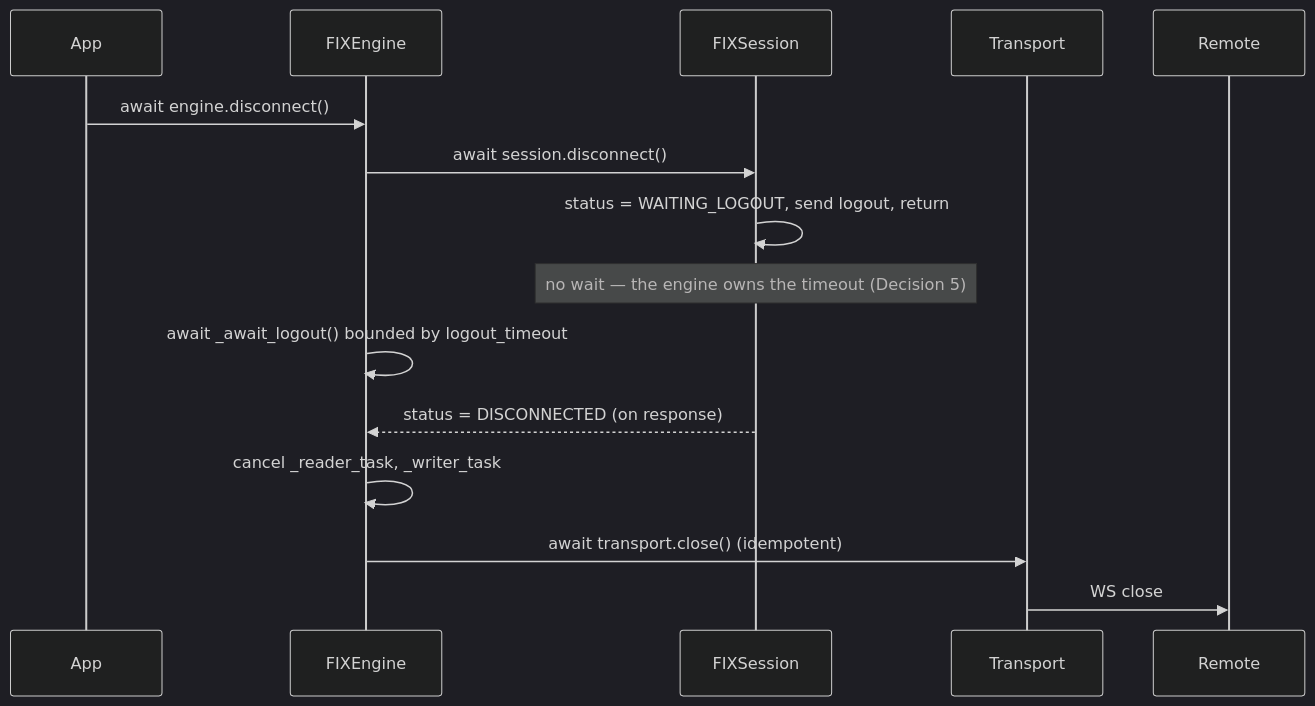
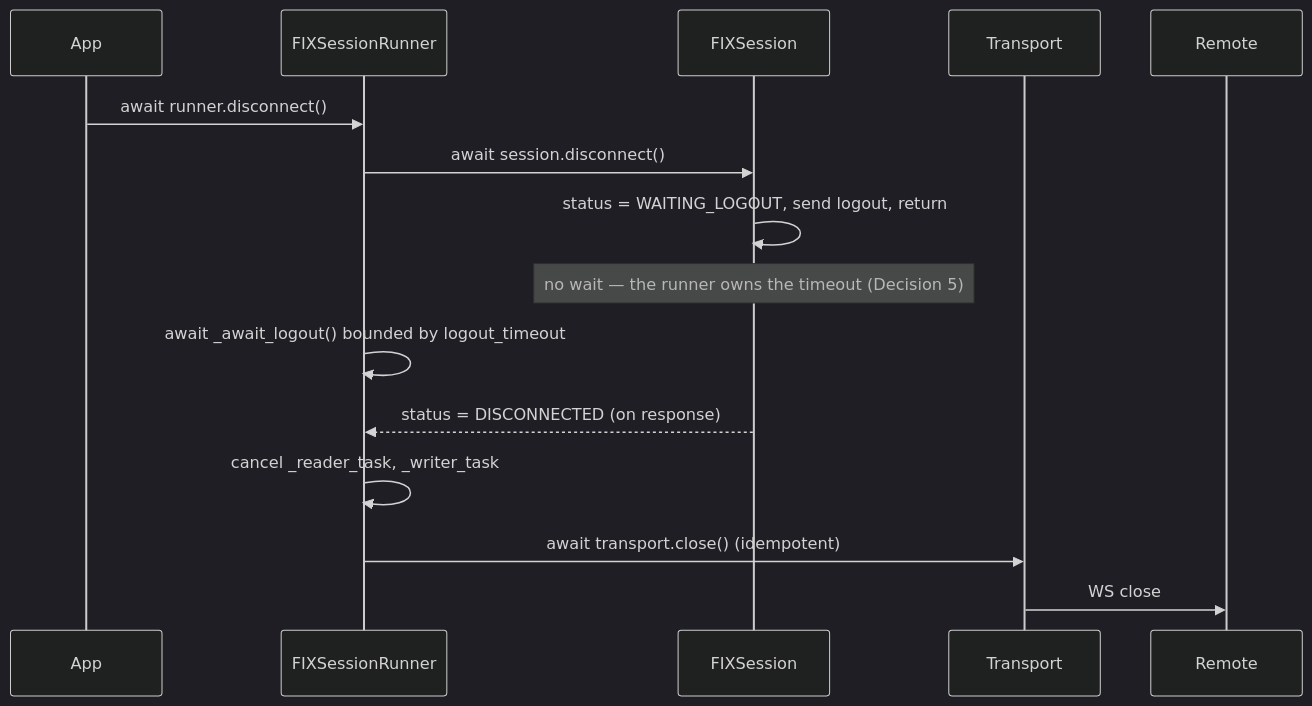
Before and after one commit to MatiasAgelvis/Fixwire: the fourth of 6 diagrams in docs/design/session-transport.md, drawn with Mermaid (dark theme). The commit also changed other lines of this file and 9 other files, not shown here.

First line of the commit message:
refactor(runner): rename FIXEngine to FIXSessionRunner

````diff
--- a/docs/design/session-transport.md
+++ b/docs/design/session-transport.md
@@ -334,18 +334,18 @@
 ```mermaid
 sequenceDiagram
     participant App
-    participant Eng as FIXEngine
+    participant Eng as FIXSessionRunner
     participant S as FIXSession
     participant T as Transport
     participant R as Remote
 
-    App->>Eng: await engine.disconnect()
+    App->>Eng: await runner.disconnect()
     Eng->>S: await session.disconnect()
     S->>S: status = WAITING_LOGOUT, send logout, return
-    Note over S: no wait — the engine owns the timeout (Decision 5)
+    Note over S: no wait — the runner owns the timeout (Decision 5)
     Eng->>Eng: await _await_logout() bounded by logout_timeout
     S-->>Eng: status = DISCONNECTED (on response)
     Eng->>Eng: cancel _reader_task, _writer_task
     Eng->>T: await transport.close() (idempotent)
     T->>R: WS close
 ```
````
